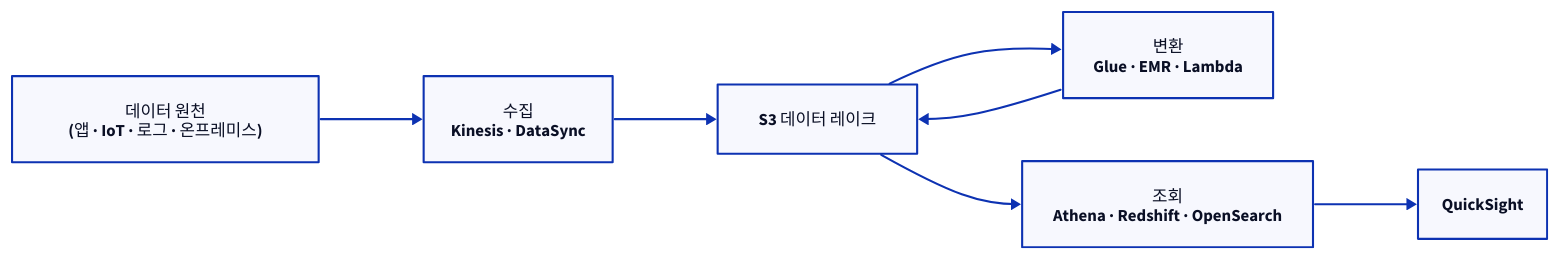
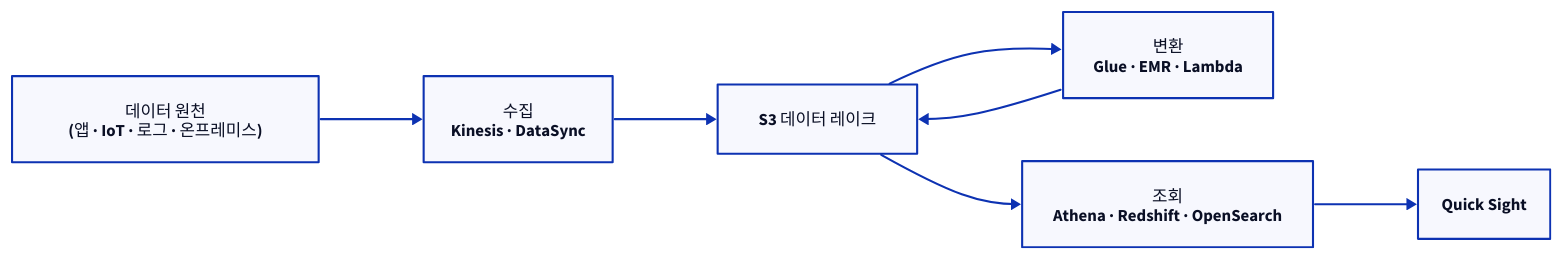
Before and after one commit to IndiaInk10/aws-certification: the first of 2 diagrams in content/docs/aws-saa-c03/20-course/10-data-ingestion.md, drawn with D2. The commit also changed other lines of this file and 66 other files, not shown here.

````diff
--- a/content/docs/aws-saa-c03/20-course/10-data-ingestion.md
+++ b/content/docs/aws-saa-c03/20-course/10-data-ingestion.md
@@ -42,13 +47,13 @@
 ```d2
 direction: right
 
 src: "데이터 원천\n(앱 · IoT · 로그 · 온프레미스)"
 ingest: "수집\nKinesis · DataSync"
 lake: "S3 데이터 레이크"
 etl: "변환\nGlue · EMR · Lambda"
 query: "조회\nAthena · Redshift · OpenSearch"
-viz: "QuickSight"
+viz: "Quick Sight"
 
 src -> ingest -> lake -> etl -> lake
 lake -> query -> viz
 ```
````
